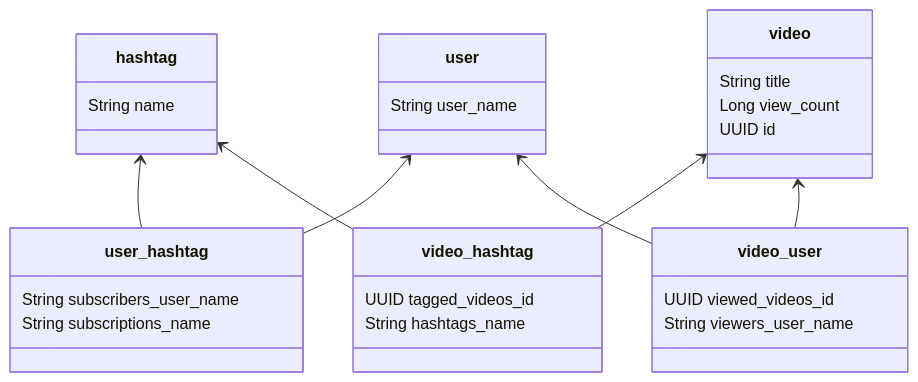
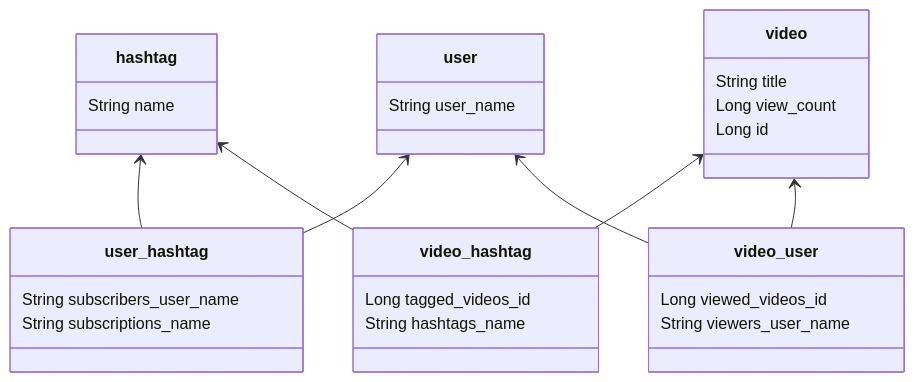
Before and after one commit to dont-text-me/ENG2-assessment: the diagram in docs/domain-models/subscription-microservice.md, drawn with Mermaid. The commit also changed 34 other files, not shown here.

Commit message:
replace uuid with long

````diff
--- a/docs/domain-models/subscription-microservice.md
+++ b/docs/domain-models/subscription-microservice.md
@@ -1,39 +1,39 @@
 ```mermaid
 classDiagram
     direction BT
     class hashtag {
         String name
     }
     class user {
         String user_name
     }
     class user_hashtag {
         String subscribers_user_name
         String subscriptions_name
     }
     class video {
         String title
         Long view_count
-        UUID id
+        Long id
     }
     class video_hashtag {
-        UUID tagged_videos_id
+        Long tagged_videos_id
         String hashtags_name
     }
     class video_user {
-        UUID viewed_videos_id
+        Long viewed_videos_id
         String viewers_user_name
     }
     
     user_hashtag  -->  hashtag
     
     user_hashtag  -->  user
     
     video_hashtag  -->  hashtag
     
     video_hashtag  -->  video
     
     video_user  -->  user
     
     video_user  -->  video
 ```
````
